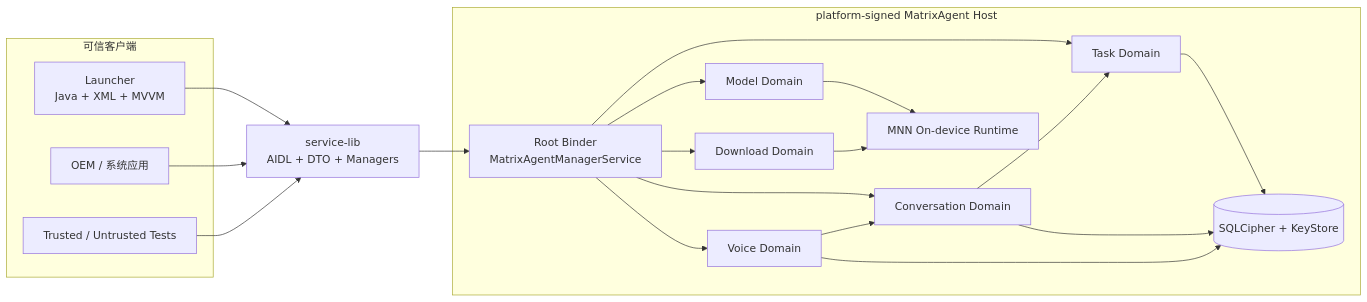
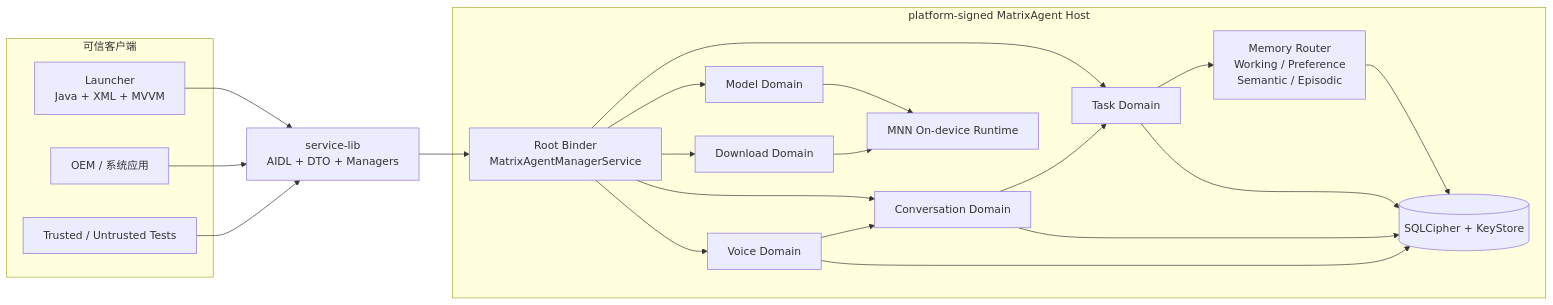
The diagram in README.md (Zcorpius/MatrixAgentProject), drawn with Mermaid before and after one commit. The commit also changed other lines of this file and 7 other files, not shown here.

````diff
--- a/README.md
+++ b/README.md
@@ -113,39 +164,42 @@
 ```mermaid
 flowchart LR
     subgraph Clients[可信客户端]
         Launcher["Launcher<br/>Java + XML + MVVM"]
         OEM[OEM / 系统应用]
         Tests[Trusted / Untrusted Tests]
     end
 
     SDK["service-lib<br/>AIDL + DTO + Managers"]
 
     subgraph Host[platform-signed MatrixAgent Host]
         Root["Root Binder<br/>MatrixAgentManagerService"]
         Task[Task Domain]
         Conversation[Conversation Domain]
         Voice[Voice Domain]
         Model[Model Domain]
         Download[Download Domain]
+        Memory["Memory Router<br/>Working / Preference<br/>Semantic / Episodic"]
         Data[(SQLCipher + KeyStore)]
         Native[MNN On-device Runtime]
 
         Root --> Task
         Root --> Conversation
         Root --> Voice
         Root --> Model
         Root --> Download
+        Task --> Memory
+        Memory --> Data
         Task --> Data
         Conversation --> Task
         Conversation --> Data
         Voice --> Conversation
         Voice --> Data
         Model --> Native
         Download --> Native
     end
 
     Launcher --> SDK
     OEM --> SDK
     Tests --> SDK
     SDK --> Root
 ```
````
